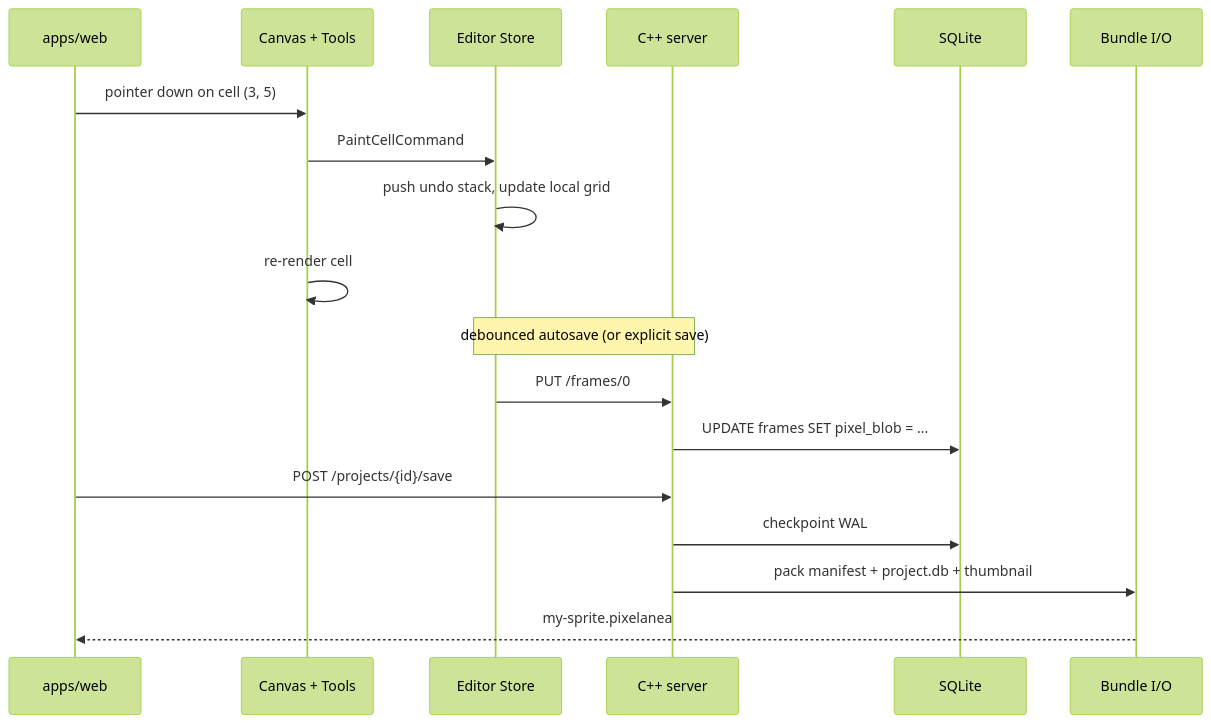
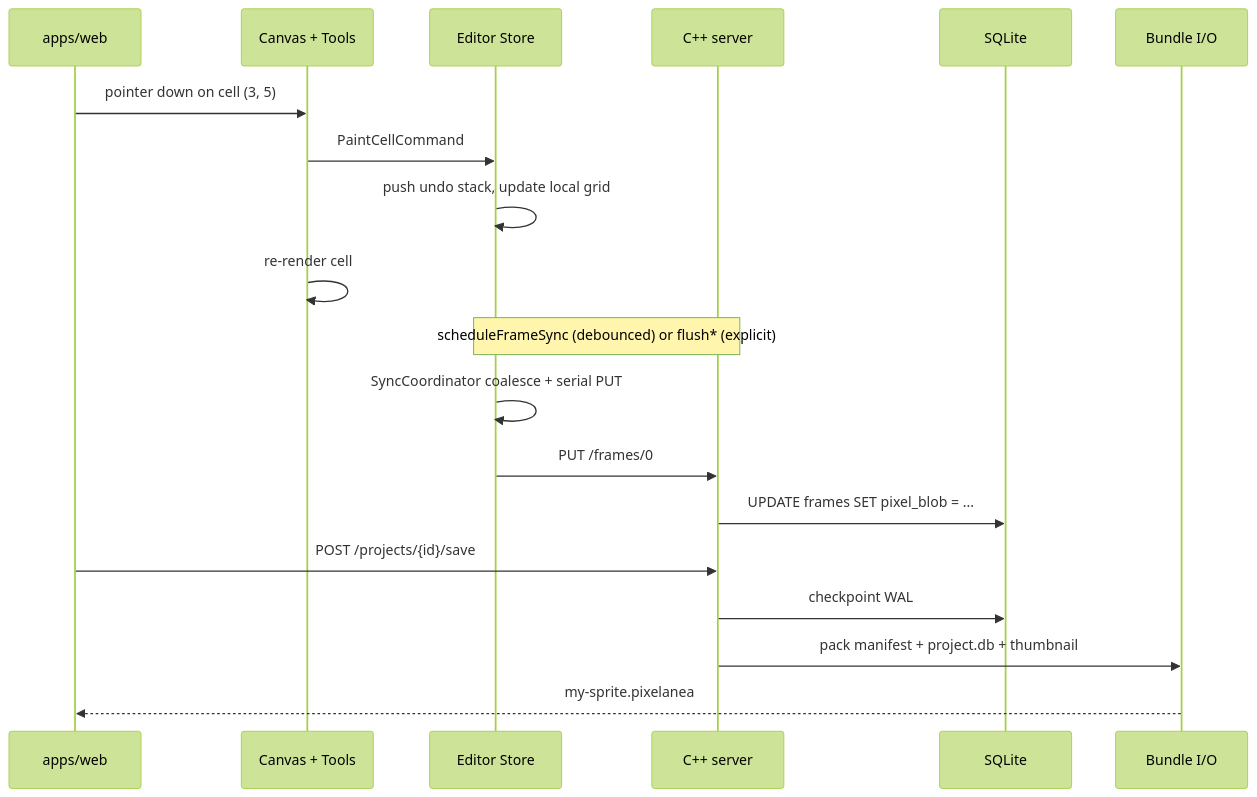
Before and after one commit to paulocymbaum/pixelanea: the first of 2 diagrams in ARCHITECTURE.md, drawn with Mermaid (forest theme). The commit also changed other lines of this file and 42 other files, not shown here.

````diff
--- a/ARCHITECTURE.md
+++ b/ARCHITECTURE.md
@@ -435,23 +481,24 @@
 ```mermaid
 sequenceDiagram
     participant UI as apps/web
     participant Canvas as Canvas + Tools
     participant Store as Editor Store
     participant API as C++ server
     participant DB as SQLite
     participant Export as Bundle I/O
 
     UI->>Canvas: pointer down on cell (3, 5)
     Canvas->>Store: PaintCellCommand
     Store->>Store: push undo stack, update local grid
     Canvas->>Canvas: re-render cell
 
-    Note over Store,API: debounced autosave (or explicit save)
+    Note over Store,API: scheduleFrameSync (debounced) or flush* (explicit)
+    Store->>Store: SyncCoordinator coalesce + serial PUT
     Store->>API: PUT /frames/0
     API->>DB: UPDATE frames SET pixel_blob = ...
 
     UI->>API: POST /projects/{id}/save
     API->>DB: checkpoint WAL
     API->>Export: pack manifest + project.db + thumbnail
     Export-->>UI: my-sprite.pixelanea
 ```
````
